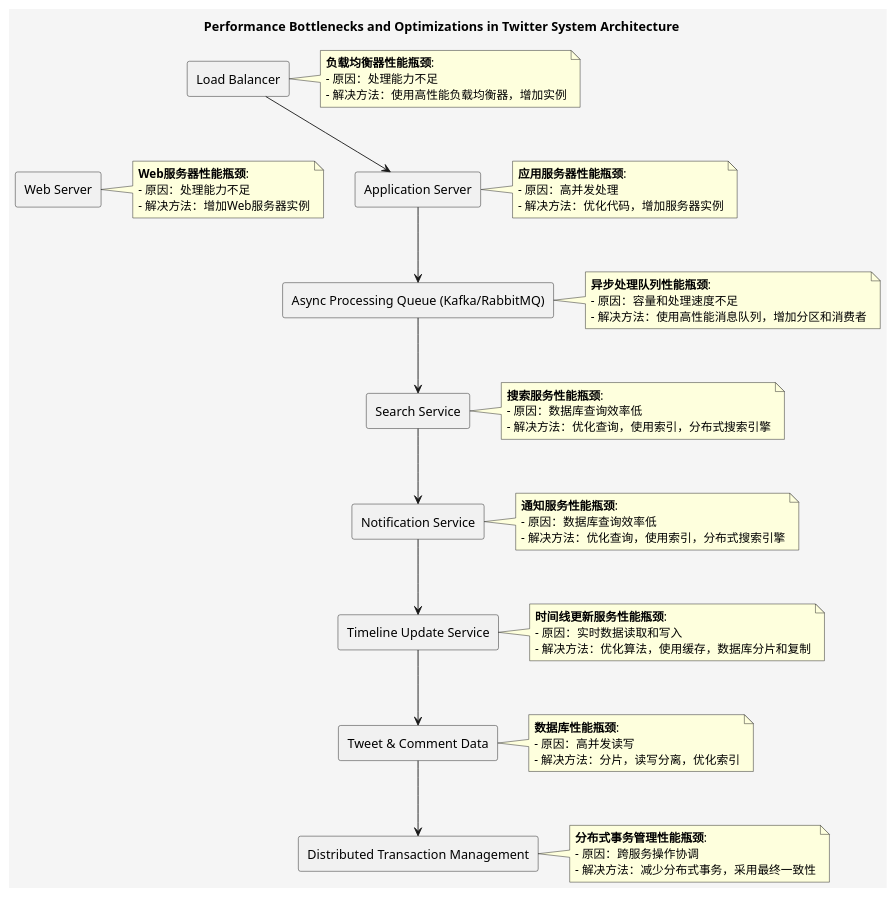
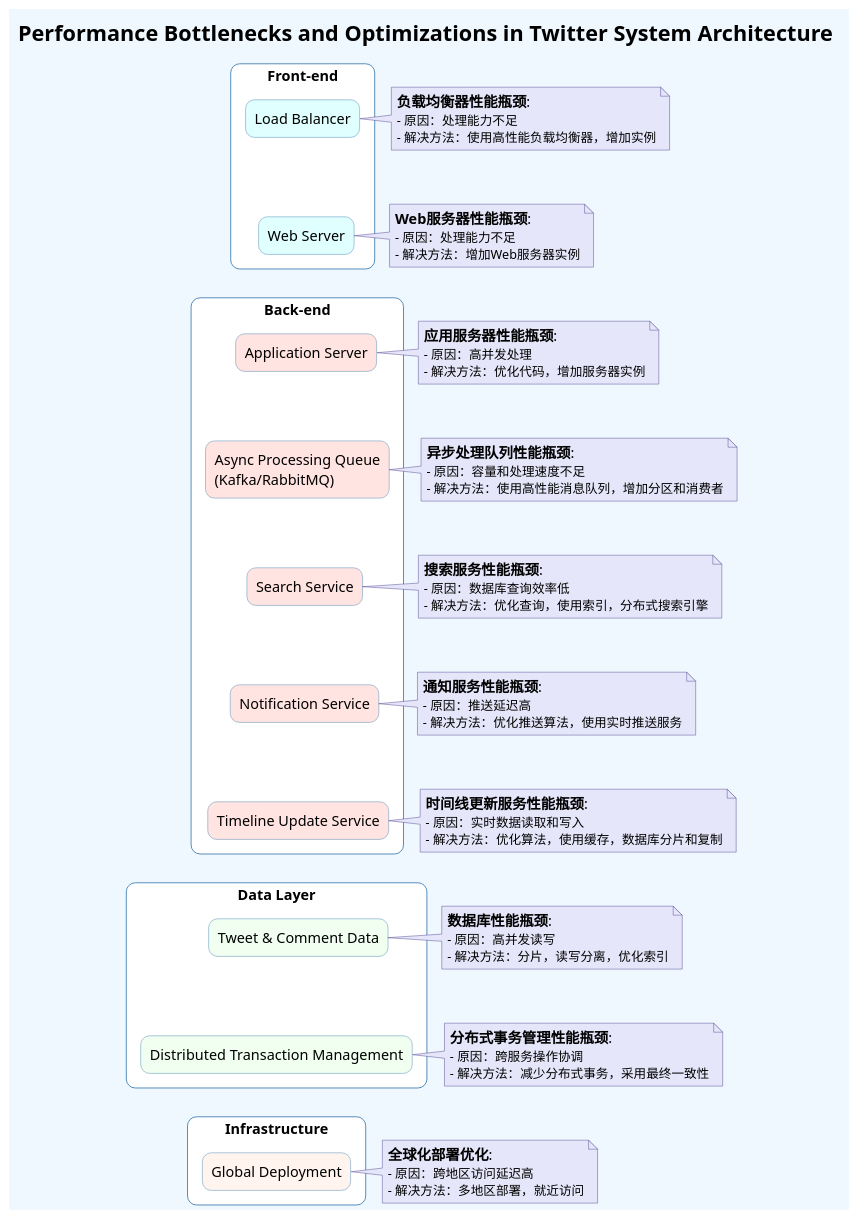
Before and after one commit to huangyingw/system_design: the diagram in twitter/twitter_performance_bottlenecks_and_optimizations.puml, drawn with PlantUML.

```diff
--- a/twitter/twitter_performance_bottlenecks_and_optimizations.puml
+++ b/twitter/twitter_performance_bottlenecks_and_optimizations.puml
@@ -1,94 +1,116 @@
 @startuml
+skinparam backgroundColor #F0F8FF
+skinparam defaultFontName "Arial"
+skinparam defaultFontSize 16
+skinparam rectangle {
+    BackgroundColor #FFFFFF
+    BorderColor #4682B4
+    RoundCorner 20
+}
+skinparam note {
+    BackgroundColor #E6E6FA
+    BorderColor #483D8B
+    FontSize 14
+}
 
-skinparam backgroundColor #F5F5F5
+title <font size=24>Performance Bottlenecks and Optimizations in Twitter System Architecture</font>
 
-title Performance Bottlenecks and Optimizations in Twitter System Architecture
+' Front-end Components
+rectangle "Front-end" {
+    rectangle "Load Balancer" as LB #E0FFFF
+    rectangle "Web Server" as WS #E0FFFF
+}
 
-' Load Balancer & Web Server Performance Bottlenecks
-rectangle "Load Balancer" as LB
-rectangle "Web Server" as WS
+' Back-end Components
+rectangle "Back-end" {
+    rectangle "Application Server" as AS #FFE4E1
+    rectangle "Async Processing Queue\n(Kafka/RabbitMQ)" as APQ #FFE4E1
+    rectangle "Search Service" as SSrv #FFE4E1
+    rectangle "Notification Service" as NSrv #FFE4E1
+    rectangle "Timeline Update Service" as TUS #FFE4E1
+}
 
+' Data Storage
+rectangle "Data Layer" {
+    rectangle "Tweet & Comment Data" as TCD #F0FFF0
+    rectangle "Distributed Transaction Management" as DTM #F0FFF0
+}
+
+' Global Deployment
+rectangle "Infrastructure" {
+    rectangle "Global Deployment" as GD #FFF5EE
+}
+
+' Notes
 note right of LB
-  **负载均衡器性能瓶颈**:
+  <font size=16>**负载均衡器性能瓶颈**:</font>
   - 原因：处理能力不足
   - 解决方法：使用高性能负载均衡器，增加实例
 end note
 
 note right of WS
-  **Web服务器性能瓶颈**:
+  <font size=16>**Web服务器性能瓶颈**:</font>
   - 原因：处理能力不足
   - 解决方法：增加Web服务器实例
 end note
 
-' Application Server Performance Bottlenecks
-rectangle "Application Server" as AS
-
 note right of AS
-  **应用服务器性能瓶颈**:
+  <font size=16>**应用服务器性能瓶颈**:</font>
   - 原因：高并发处理
   - 解决方法：优化代码，增加服务器实例
 end note
 
-' Async Processing Queue Performance Bottlenecks
-rectangle "Async Processing Queue (Kafka/RabbitMQ)" as APQ
-
 note right of APQ
-  **异步处理队列性能瓶颈**:
+  <font size=16>**异步处理队列性能瓶颈**:</font>
   - 原因：容量和处理速度不足
   - 解决方法：使用高性能消息队列，增加分区和消费者
 end note
 
-' Search & Notification Services Performance Bottlenecks
-rectangle "Search Service" as SSrv
-rectangle "Notification Service" as NSrv
-
 note right of SSrv
-  **搜索服务性能瓶颈**:
+  <font size=16>**搜索服务性能瓶颈**:</font>
   - 原因：数据库查询效率低
   - 解决方法：优化查询，使用索引，分布式搜索引擎
 end note
 
 note right of NSrv
-  **通知服务性能瓶颈**:
-  - 原因：数据库查询效率低
-  - 解决方法：优化查询，使用索引，分布式搜索引擎
+  <font size=16>**通知服务性能瓶颈**:</font>
+  - 原因：推送延迟高
+  - 解决方法：优化推送算法，使用实时推送服务
 end note
 
-' Timeline Update Service Performance Bottlenecks
-rectangle "Timeline Update Service" as TUS
-
 note right of TUS
-  **时间线更新服务性能瓶颈**:
+  <font size=16>**时间线更新服务性能瓶颈**:</font>
   - 原因：实时数据读取和写入
   - 解决方法：优化算法，使用缓存，数据库分片和复制
 end note
 
-' Databases Performance Bottlenecks
-rectangle "Tweet & Comment Data" as TCD
-
 note right of TCD
-  **数据库性能瓶颈**:
+  <font size=16>**数据库性能瓶颈**:</font>
   - 原因：高并发读写
   - 解决方法：分片，读写分离，优化索引
 end note
 
-' Distributed Transaction Management Performance Bottlenecks
-rectangle "Distributed Transaction Management" as DTM
-
 note right of DTM
-  **分布式事务管理性能瓶颈**:
+  <font size=16>**分布式事务管理性能瓶颈**:</font>
   - 原因：跨服务操作协调
   - 解决方法：减少分布式事务，采用最终一致性
 end note
 
-' Layout adjustments
-LB -[hidden]-> WS
-LB -down-> AS
-AS -down-> APQ
-APQ -down-> SSrv
-SSrv -down-> NSrv
-NSrv -down-> TUS
-TUS -down-> TCD
-TCD -down-> DTM
+note right of GD
+  <font size=16>**全球化部署优化**:</font>
+  - 原因：跨地区访问延迟高
+  - 解决方法：多地区部署，就近访问
+end note
+
+' Layout
+LB -[hidden]down-> WS
+WS -[hidden]down-> AS
+AS -[hidden]down-> APQ
+APQ -[hidden]down-> SSrv
+SSrv -[hidden]down-> NSrv
+NSrv -[hidden]down-> TUS
+TUS -[hidden]down-> TCD
+TCD -[hidden]down-> DTM
+DTM -[hidden]down-> GD
 
 @enduml
```
